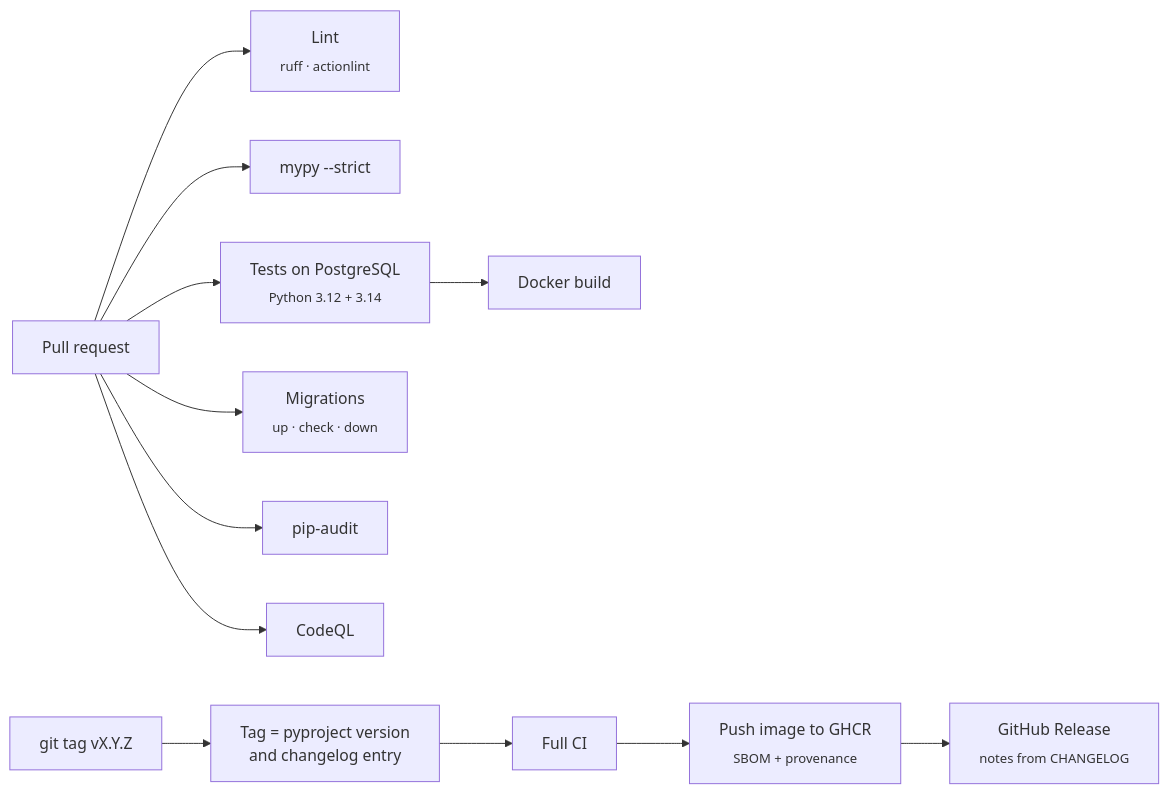
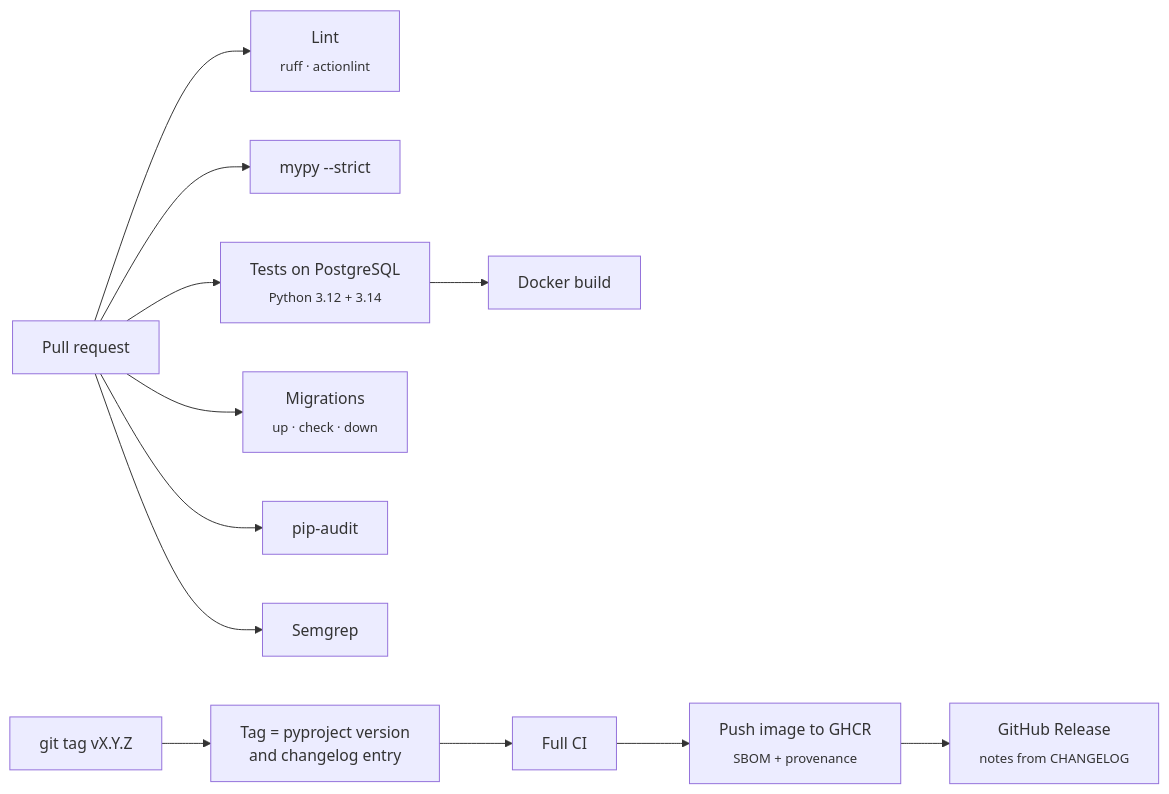
Before and after one commit to zeiado/applytrack: the fourth of 4 diagrams in README.md, drawn with Mermaid. The commit also changed other lines of this file and 6 other files, not shown here.

First line of the commit message:
ci: replace CodeQL with Semgrep (#48)

````diff
--- a/README.md
+++ b/README.md
@@ -325,15 +325,15 @@
 ```mermaid
 flowchart LR
     pr[Pull request] --> lint["Lint<br/><sub>ruff · actionlint</sub>"]
     pr --> types["mypy --strict"]
     pr --> tests["Tests on PostgreSQL<br/><sub>Python 3.12 + 3.14</sub>"]
     pr --> mig["Migrations<br/><sub>up · check · down</sub>"]
     pr --> audit["pip-audit"]
-    pr --> codeql["CodeQL"]
+    pr --> sast["Semgrep"]
     tests --> docker["Docker build"]
 
     tag["git tag vX.Y.Z"] --> verify["Tag = pyproject version<br/>and changelog entry"]
     verify --> ci["Full CI"]
     ci --> ghcr["Push image to GHCR<br/><sub>SBOM + provenance</sub>"]
     ghcr --> release["GitHub Release<br/><sub>notes from CHANGELOG</sub>"]
 ```
````
